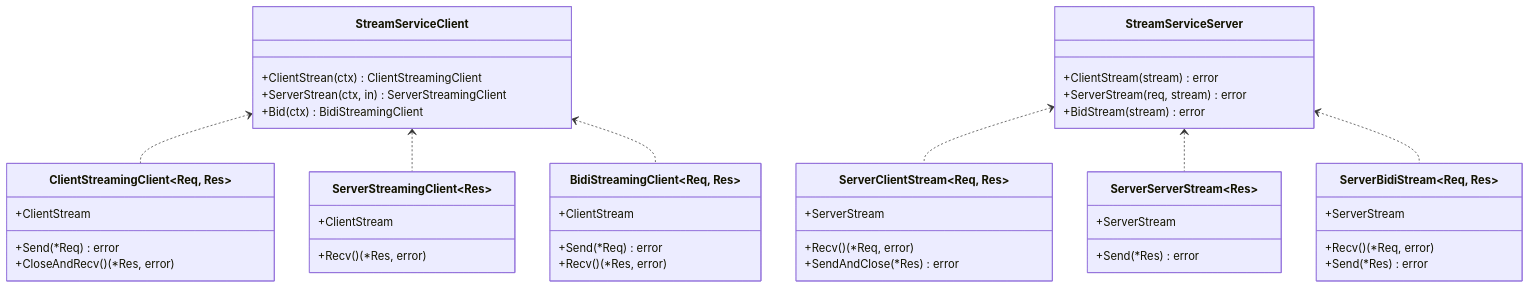
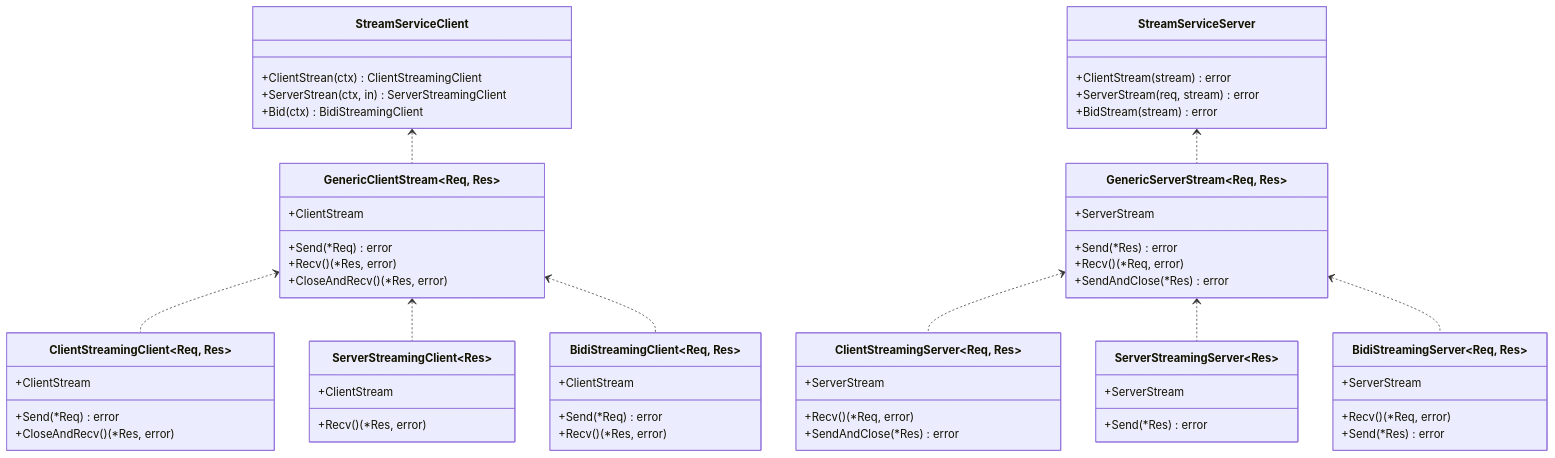
The second of 15 diagrams in .agents/repowiki/zh/content/示例和最佳实践/WebSocket流式系统.md (soyacen/goose), drawn with Mermaid before and after one commit. The commit also changed other lines of this file and 7 other files, not shown here.

First line of the commit message:
Refactor WebSocket client and server stream handling

````diff
--- a/.agents/repowiki/zh/content/示例和最佳实践/WebSocket流式系统.md
+++ b/.agents/repowiki/zh/content/示例和最佳实践/WebSocket流式系统.md
@@ -99,47 +106,61 @@
 ```mermaid
 classDiagram
 class StreamServiceClient {
 +ClientStrean(ctx) ClientStreamingClient
 +ServerStrean(ctx, in) ServerStreamingClient
 +Bid(ctx) BidiStreamingClient
 }
 class StreamServiceServer {
 +ClientStream(stream) error
 +ServerStream(req, stream) error
 +BidStream(stream) error
+}
+class GenericClientStream~Req, Res~ {
++Send(*Req) error
++Recv() (*Res, error)
++CloseAndRecv() (*Res, error)
++ClientStream
+}
+class GenericServerStream~Req, Res~ {
++Send(*Res) error
++Recv() (*Req, error)
++SendAndClose(*Res) error
++ServerStream
 }
 class ClientStreamingClient~Req, Res~ {
 +Send(*Req) error
 +CloseAndRecv() (*Res, error)
 +ClientStream
 }
 class ServerStreamingClient~Res~ {
 +Recv() (*Res, error)
 +ClientStream
 }
 class BidiStreamingClient~Req, Res~ {
 +Send(*Req) error
 +Recv() (*Res, error)
 +ClientStream
 }
-class ServerClientStream~Req, Res~ {
+class ClientStreamingServer~Req, Res~ {
 +Recv() (*Req, error)
 +SendAndClose(*Res) error
 +ServerStream
 }
-class ServerServerStream~Res~ {
+class ServerStreamingServer~Res~ {
 +Send(*Res) error
 +ServerStream
 }
-class ServerBidiStream~Req, Res~ {
+class BidiStreamingServer~Req, Res~ {
 +Recv() (*Req, error)
 +Send(*Res) error
 +ServerStream
 }
-StreamServiceClient <.. ClientStreamingClient
-StreamServiceClient <.. ServerStreamingClient
-StreamServiceClient <.. BidiStreamingClient
-StreamServiceServer <.. ServerClientStream
-StreamServiceServer <.. ServerServerStream
-StreamServiceServer <.. ServerBidiStream
+StreamServiceClient <.. GenericClientStream
+StreamServiceServer <.. GenericServerStream
+GenericClientStream <.. ClientStreamingClient
+GenericClientStream <.. ServerStreamingClient
+GenericClientStream <.. BidiStreamingClient
+GenericServerStream <.. ClientStreamingServer
+GenericServerStream <.. ServerStreamingServer
+GenericServerStream <.. BidiStreamingServer
 ```
````
